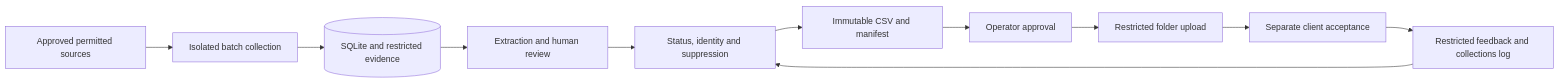
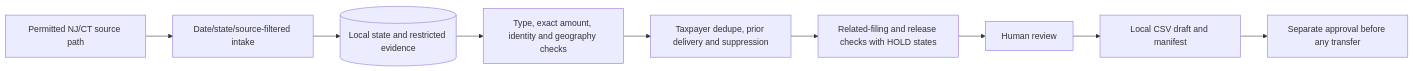
The diagram in README.md (Jmx097/york-tax-lien-pilot), drawn with Mermaid before and after one commit. The commit also changed other lines of this file and 29 other files, not shown here.

````diff
--- a/README.md
+++ b/README.md
@@ -40,13 +57,11 @@
 ```mermaid
 flowchart LR
-  A[Approved permitted sources] --> B[Isolated batch collection]
-  B --> C[(SQLite and restricted evidence)]
-  C --> D[Extraction and human review]
-  D --> E[Status, identity and suppression]
-  E --> F[Immutable CSV and manifest]
-  F --> G[Operator approval]
-  G --> H[Restricted folder upload]
-  H --> I[Separate client acceptance]
-  I --> J[Restricted feedback and collections log]
-  J --> E
+  A[Permitted NJ/CT source path] --> B[Date/state/source-filtered intake]
+  B --> C[(Local state and restricted evidence)]
+  C --> D[Type, exact amount, identity and geography checks]
+  D --> E[Taxpayer dedupe, prior delivery and suppression]
+  E --> F[Related-filing and release checks with HOLD states]
+  F --> G[Human review]
+  G --> H[Local CSV draft and manifest]
+  H --> I[Separate approval before any transfer]
 ```
````
